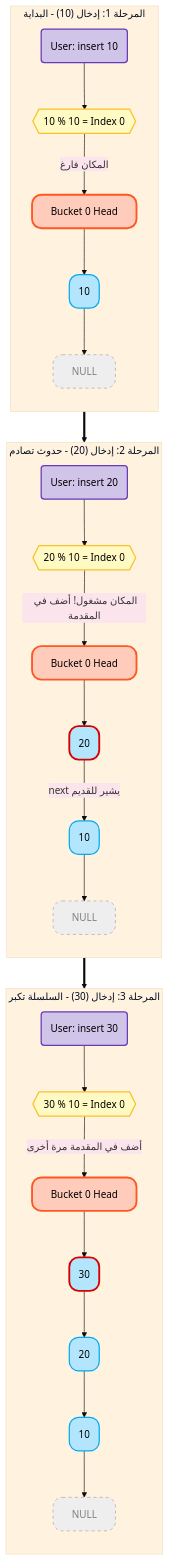
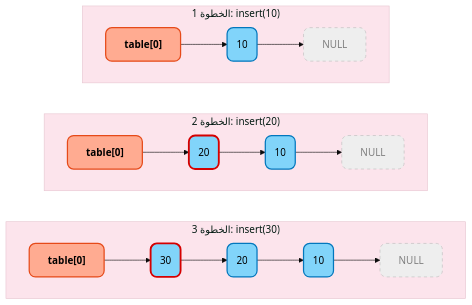
One commit to muhammad-khaled-tech/My-Study-Notes changed diagram 14 of 24 in Data Structure/16-Hash Table - lecture codes.md. Above: the diagram before and after it, drawn with Mermaid. The commit also changed 3 other files, not shown here.

````diff
--- a/Data Structure/16-Hash Table - lecture codes.md
+++ b/Data Structure/16-Hash Table - lecture codes.md
@@ -557,64 +557,40 @@
 ```mermaid
-%%{init: {'theme': 'base', 'themeVariables': { 'primaryColor': '#e3f2fd', 'secondaryColor': '#fce4ec', 'tertiaryColor': '#fff3e0'}}}%%
+%%{init: {'theme': 'base', 'themeVariables': { 'primaryColor': '#e3f2fd', 'secondaryColor': '#fff3e0', 'tertiaryColor': '#fce4ec'}}}%%
 graph TD
     %% تعريف الستايلات
-    
-    %% ستايل أمر الإدخال
-    classDef cmd fill:#d1c4e9,stroke:#673ab7,stroke-width:2px,rx:5,ry:5,color:black;
-    
-    %% ستايل العملية الحسابية
-    classDef calc fill:#fff9c4,stroke:#fbc02d,stroke-width:2px,shape:hexagon,color:black;
-    
-    %% ستايل رأس السلسلة
-    classDef bucket fill:#ffccbc,stroke:#ff5722,stroke-width:3px,color:black;
-    
-    %% ستايل البيانات
-    classDef node fill:#b3e5fc,stroke:#03a9f4,stroke-width:2px,rx:15,ry:15,color:black;
-    
-    %% ستايل النهاية
-    classDef null fill:#eeeeee,stroke:#9e9e9e,stroke-width:1px,stroke-dasharray: 5 5,color:gray;
+    classDef arraySlot fill:#ffab91,stroke:#e64a19,stroke-width:2px,color:black,font-weight:bold;
+    classDef node fill:#81d4fa,stroke:#0277bd,stroke-width:2px,rx:10,ry:10,color:black;
+    classDef null fill:#eeeeee,stroke:#bdbdbd,stroke-width:1px,stroke-dasharray: 5 5,color:gray;
 
-    %% === الخطوة الأولى ===
-    subgraph S1 [" المرحلة 1: إدخال (10) - البداية "]
-        direction TB
-        Input1(User: insert 10):::cmd --> Calc1{{10 % 10 = Index 0}}:::calc
-        Calc1 -- "المكان فارغ" --> Bucket1[Bucket 0 Head]:::bucket
-        Bucket1 --> Node1(10):::node --> Null1[NULL]:::null
+    %% === الخطوة 1 ===
+    subgraph S1 [" الخطوة 1: insert(10) "]
+        direction LR
+        %% table[0] بيشاور على أول عنصر
+        Slot1["table[0]"]:::arraySlot --> N1(10):::node --> Null1[NULL]:::null
     end
 
-    %% سهم كبير يفصل بين المراحل
-    S1 ==> S2
+    %% === الخطوة 2 ===
+    subgraph S2 [" الخطوة 2: insert(20) "]
+        direction LR
+        %% table[0] ساب الـ 10 ومسك الـ 20
+        Slot2["table[0]"]:::arraySlot --> N2(20):::node
+        N2 --> N1_old(10):::node --> Null2[NULL]:::null
 
-    %% === الخطوة الثانية ===
-    subgraph S2 [" المرحلة 2: إدخال (20) - حدوث تصادم "]
-        direction TB
-        Input2(User: insert 20):::cmd --> Calc2{{20 % 10 = Index 0}}:::calc
-        
-        Calc2 -- "المكان مشغول! أضف في المقدمة" --> Bucket2[Bucket 0 Head]:::bucket
-        Bucket2 --> Node2(20):::node
-        
-        %% توضيح الرابط الجديد
-        Node2 -- "next يشير للقديم" --> Node1_old(10):::node --> Null2[NULL]:::null
-        
-        %% تمييز العنصر الجديد
-        style Node2 stroke:#d50000,stroke-width:3px
+        %% تمييز الجديد
+        style N2 stroke:#d50000,stroke-width:3px
     end
 
-    %% سهم كبير يفصل بين المراحل
-    S2 ==> S3
+    %% === الخطوة 3 ===
+    subgraph S3 [" الخطوة 3: insert(30) "]
+        direction LR
+        %% table[0] ساب الـ 20 ومسك الـ 30
+        Slot3["table[0]"]:::arraySlot --> N3(30):::node
+        N3 --> N2_old(20):::node --> N1_old2(10):::node --> Null3[NULL]:::null
 
-    %% === الخطوة الثالثة ===
-    subgraph S3 [" المرحلة 3: إدخال (30) - السلسلة تكبر "]
-        direction TB
-        Input3(User: insert 30):::cmd --> Calc3{{30 % 10 = Index 0}}:::calc
-        
-        Calc3 -- "أضف في المقدمة مرة أخرى" --> Bucket3[Bucket 0 Head]:::bucket
-        Bucket3 --> Node3(30):::node
-        
-        %% توضيح الروابط
-        Node3 --> Node2_old(20):::node --> Node1_old2(10):::node --> Null3[NULL]:::null
-        
-        %% تمييز العنصر الجديد
-        style Node3 stroke:#d50000,stroke-width:3px
+        %% تمييز الجديد
+        style N3 stroke:#d50000,stroke-width:3px
     end
+
+    %% مسافات بين المراحل
+    S1 ~~~ S2 ~~~ S3
 ```
````
